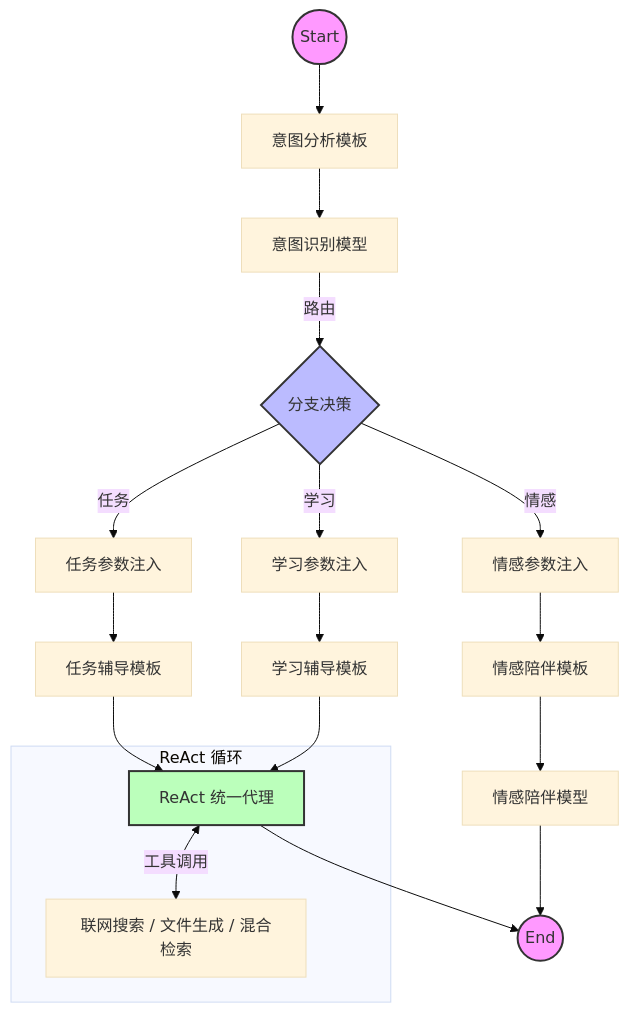
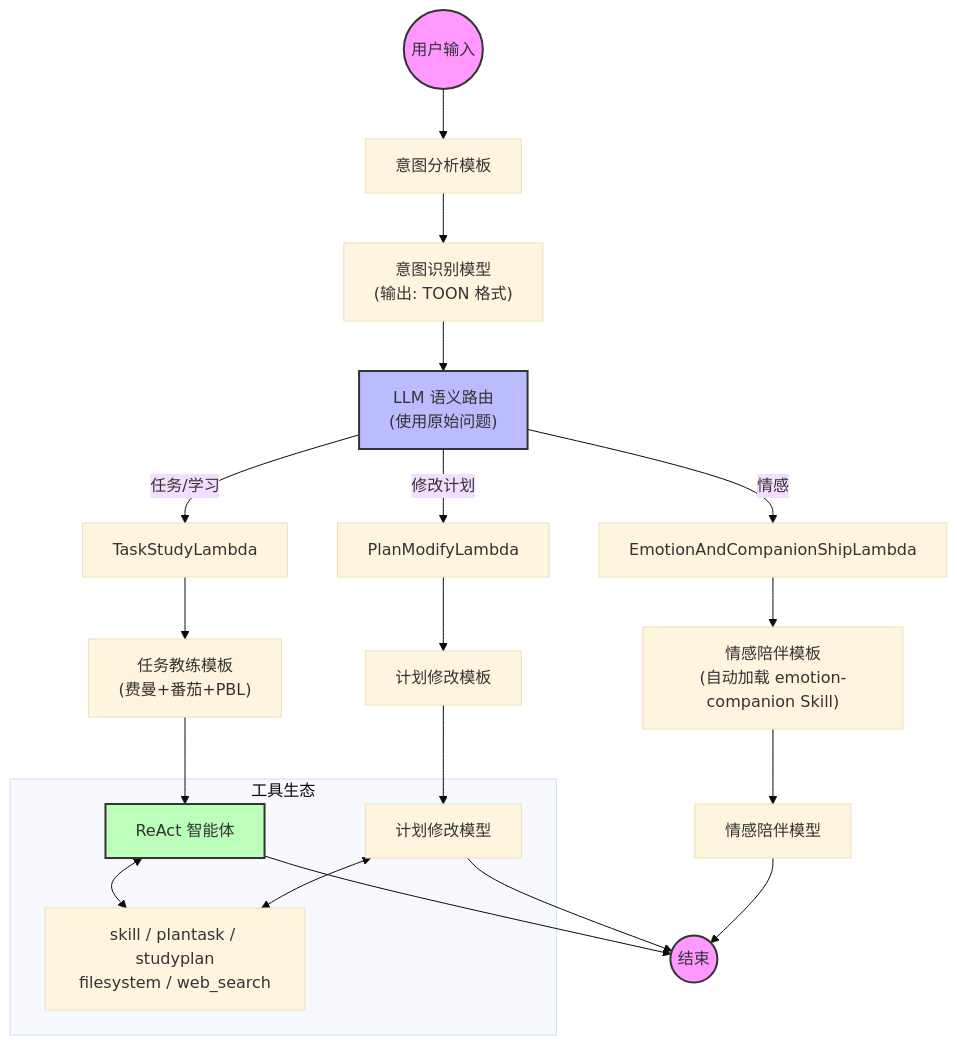
One commit to VH992098059/StudyCoach changed the diagram in README_ZH.md. Above: the diagram before and after it, drawn with Mermaid (base theme). The commit also changed other lines of this file and 36 other files, not shown here.

````diff
--- a/README_ZH.md
+++ b/README_ZH.md
@@ -46,34 +50,33 @@
 ```mermaid
 graph TD
-    Start(("Start")) --> AnalysisTemplate["意图分析模板"]
-    AnalysisTemplate --> AnalysisModel["意图识别模型"]
-  
-    AnalysisModel -->|"路由"| Branch{"分支决策"}
-  
-    %% 分支1: 情感陪伴
-    Branch -->|"情感"| EmotionLambda["情感参数注入"]
-    EmotionLambda --> EmotionTemplate["情感陪伴模板"]
+    Start(("用户输入")) --> AnalysisTemplate["意图分析模板"]
+    AnalysisTemplate --> AnalysisModel["意图识别模型<br/>(输出: TOON 格式)"]
+
+    AnalysisModel --> Branch["LLM 语义路由<br/>(使用原始问题)"]
+
+    Branch -->|"情感"| EmotionLambda["EmotionAndCompanionShipLambda"]
+    EmotionLambda --> EmotionTemplate["情感陪伴模板<br/>(自动加载 emotion-companion Skill)"]
     EmotionTemplate --> EmotionModel["情感陪伴模型"]
-    EmotionModel --> End(("End"))
-  
-    %% 分支2 & 3: 任务辅导与知识学习 (ReAct)
-    Branch -->|"任务"| TaskLambda["任务参数注入"]
-    Branch -->|"学习"| StudyLambda["学习参数注入"]
-  
-    TaskLambda --> TaskTemplate["任务辅导模板"]
-    StudyLambda --> StudyTemplate["学习辅导模板"]
-  
-    TaskTemplate --> UnifiedReActAgent["ReAct 统一代理"]
-    StudyTemplate --> UnifiedReActAgent
-  
-    subgraph ReActLoop ["ReAct 循环"]
-        UnifiedReActAgent <-->|"工具调用"| Tools["联网搜索 / 文件生成 / 混合检索"]
+    EmotionModel --> End(("结束"))
+
+    Branch -->|"任务/学习"| TaskLambda["TaskStudyLambda"]
+    TaskLambda --> TaskTemplate["任务教练模板<br/>(费曼+番茄+PBL)"]
+    TaskTemplate --> ReActAgent["ReAct 智能体"]
+
+    Branch -->|"修改计划"| PlanLambda["PlanModifyLambda"]
+    PlanLambda --> PlanTemplate["计划修改模板"]
+    PlanTemplate --> PlanModel["计划修改模型"]
+
+    subgraph Tools ["工具生态"]
+        ReActAgent <--> ToolSet["skill / plantask / studyplan<br/>filesystem / web_search"]
+        PlanModel <--> ToolSet
     end
-  
-    UnifiedReActAgent --> End
+
+    ReActAgent --> End
+    PlanModel --> End
 
     style Start fill:#f9f,stroke:#333,stroke-width:2px
     style End fill:#f9f,stroke:#333,stroke-width:2px
     style Branch fill:#bbf,stroke:#333,stroke-width:2px
-    style UnifiedReActAgent fill:#bfb,stroke:#333,stroke-width:2px
+    style ReActAgent fill:#bfb,stroke:#333,stroke-width:2px
 ```
````
